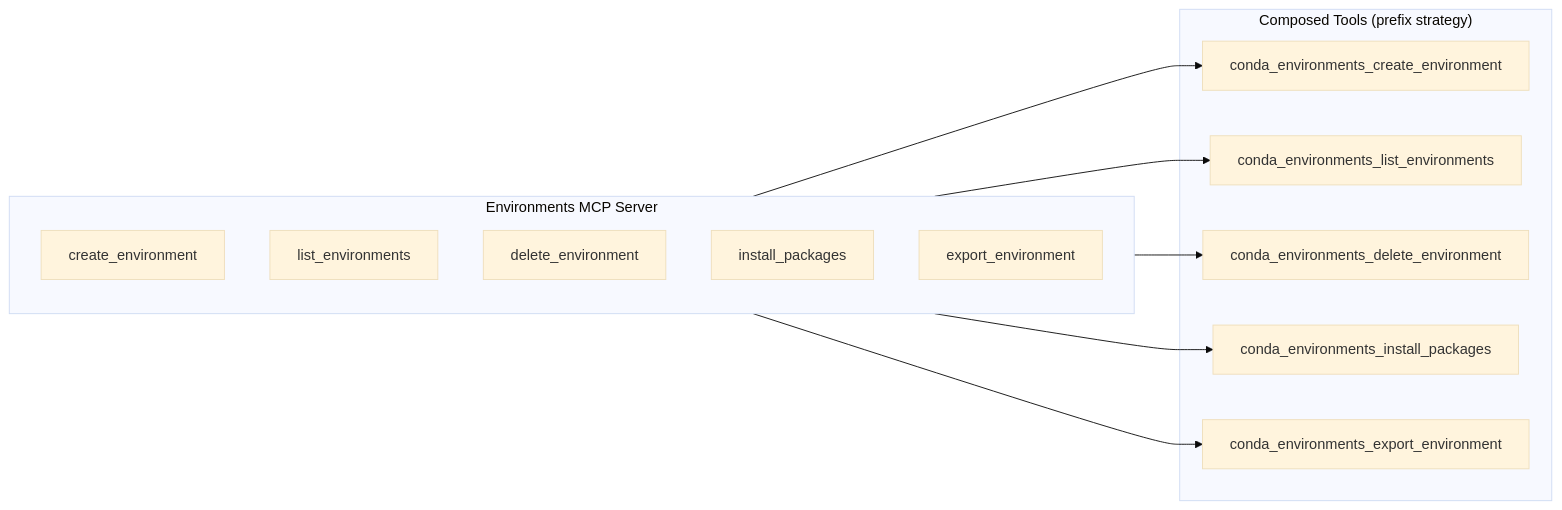
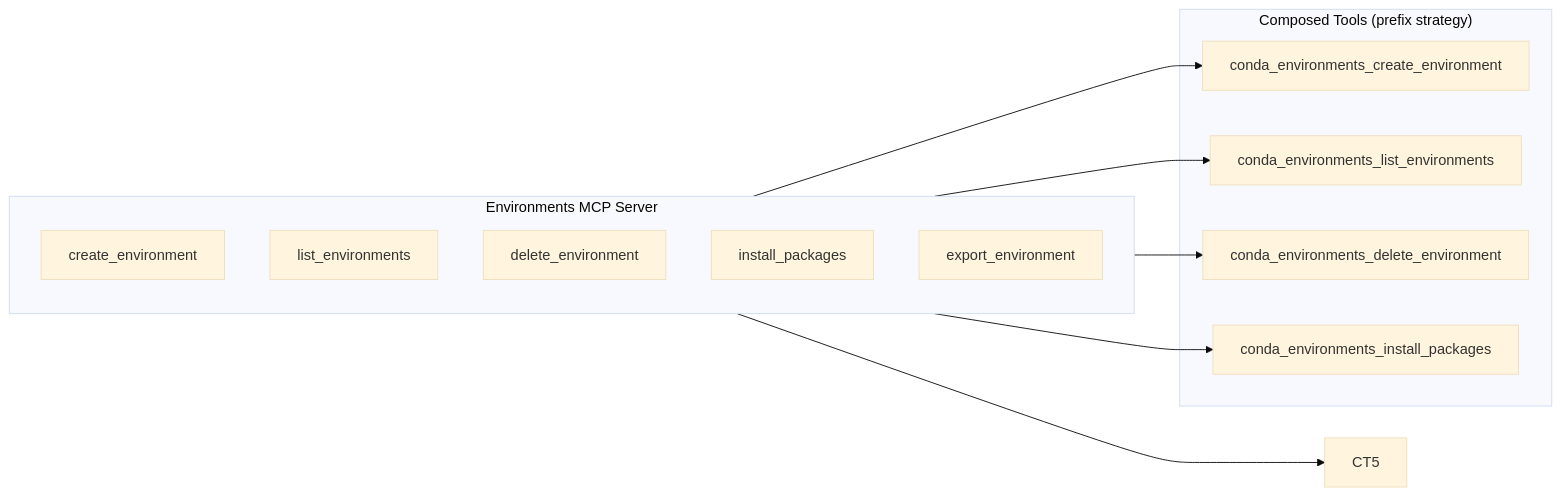
The third of 6 diagrams in docs/ARCHITECTURE.md (anaconda/anaconda-mcp), drawn with Mermaid (base theme) before and after one commit. The commit also changed other lines of this file, not shown here.

Commit message:
docs: fixes for the architecture document

````diff
--- a/docs/ARCHITECTURE.md
+++ b/docs/ARCHITECTURE.md
@@ -124,25 +124,24 @@
 ```mermaid
 graph LR
     subgraph "Environments MCP Server"
         direction TB
         T1[create_environment]
         T2[list_environments]
         T3[delete_environment]
         T4[install_packages]
         T5[export_environment]
     end
     
     subgraph "Composed Tools (prefix strategy)"
         CT1[conda_environments_create_environment]
         CT2[conda_environments_list_environments]
         CT3[conda_environments_delete_environment]
         CT4[conda_environments_install_packages]
-        CT5[conda_environments_export_environment]
     end
     
     T1 --> CT1
     T2 --> CT2
     T3 --> CT3
     T4 --> CT4
     T5 --> CT5
 ```
````
